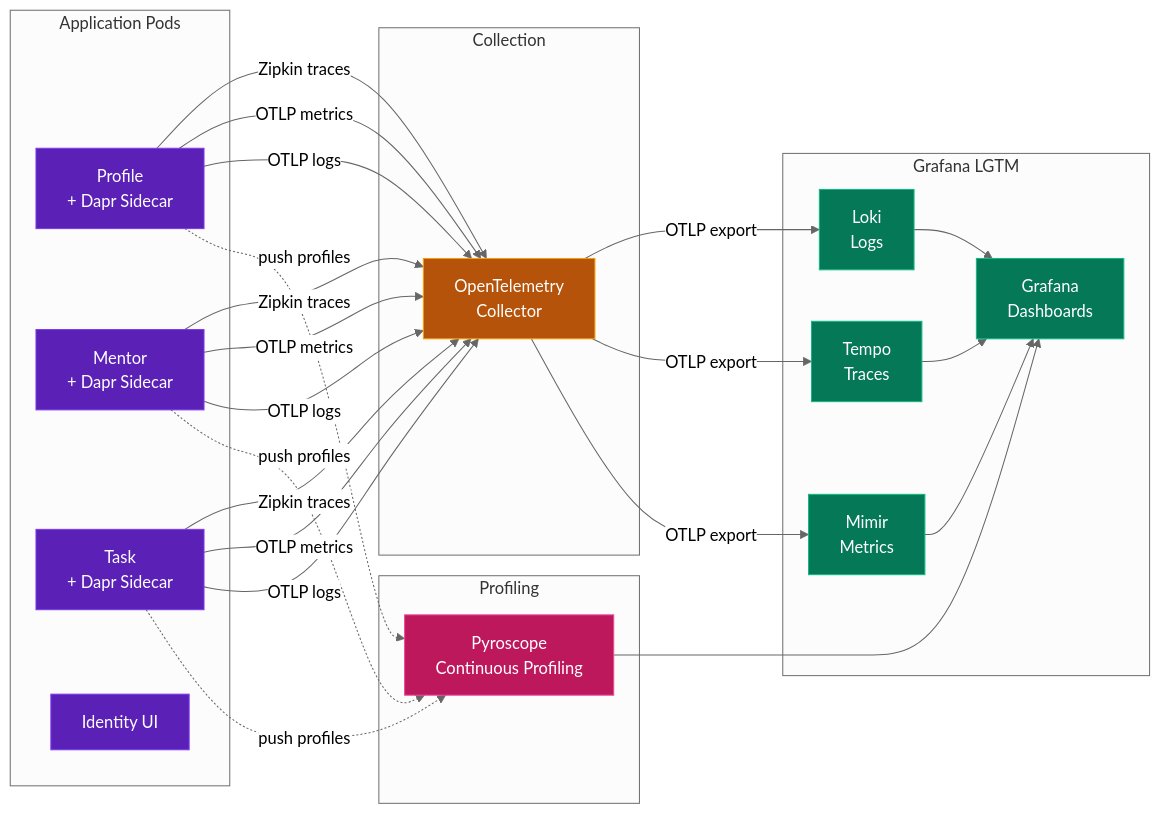
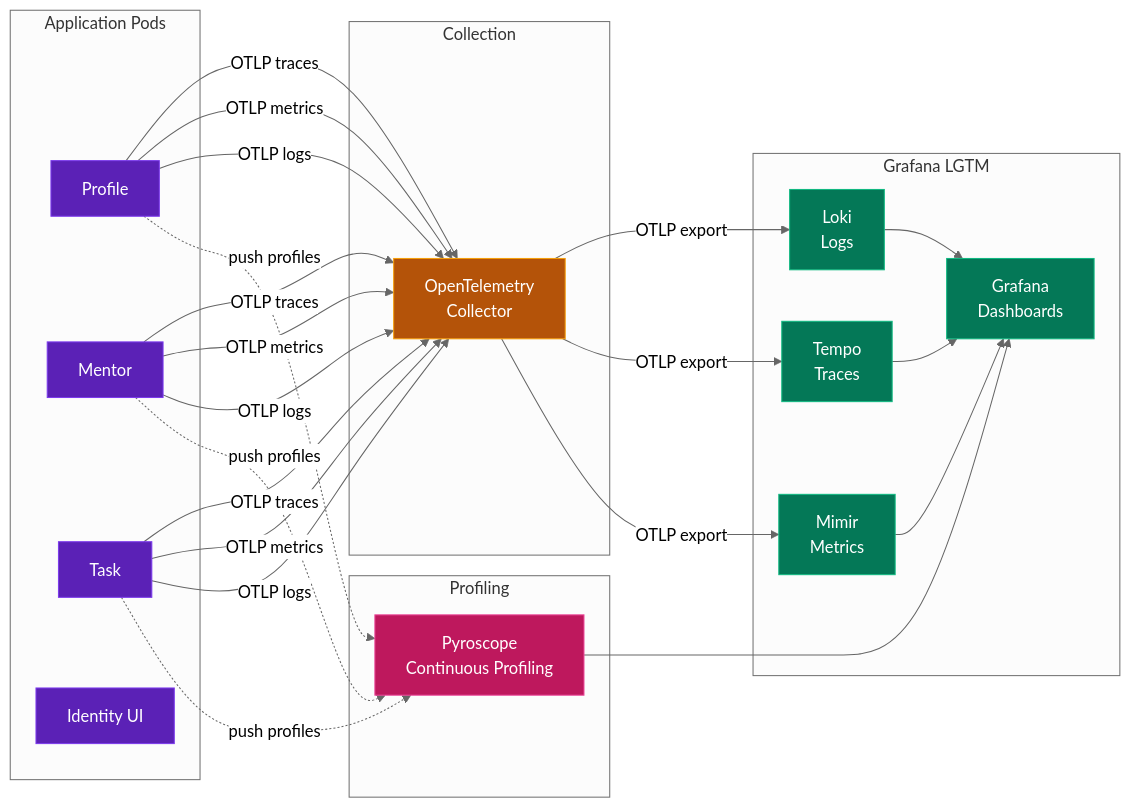
The first of 2 diagrams in docs/architecture/observability.md (MathTrail/core), drawn with Mermaid (neutral theme) before and after one commit. The commit also changed other lines of this file and 10 other files, not shown here.

````diff
--- a/docs/architecture/observability.md
+++ b/docs/architecture/observability.md
@@ -5,57 +5,57 @@
 ```mermaid
 graph LR
     subgraph Application Pods
-        S1[Profile<br/>+ Dapr Sidecar]
-        S2[Mentor<br/>+ Dapr Sidecar]
-        S3[Task<br/>+ Dapr Sidecar]
+        S1[Profile]
+        S2[Mentor]
+        S3[Task]
         S4[Identity UI]
     end
 
     subgraph Collection
         OTel[OpenTelemetry<br/>Collector]
     end
 
     subgraph Grafana LGTM
         Loki[Loki<br/>Logs]
         Tempo[Tempo<br/>Traces]
         Mimir[Mimir<br/>Metrics]
         Grafana[Grafana<br/>Dashboards]
     end
 
     subgraph Profiling
         Pyro[Pyroscope<br/>Continuous Profiling]
     end
 
-    S1 -->|Zipkin traces| OTel
-    S2 -->|Zipkin traces| OTel
-    S3 -->|Zipkin traces| OTel
+    S1 -->|OTLP traces| OTel
+    S2 -->|OTLP traces| OTel
+    S3 -->|OTLP traces| OTel
     S1 -->|OTLP metrics| OTel
     S2 -->|OTLP metrics| OTel
     S3 -->|OTLP metrics| OTel
     S1 -->|OTLP logs| OTel
     S2 -->|OTLP logs| OTel
     S3 -->|OTLP logs| OTel
 
     S1 -.->|push profiles| Pyro
     S2 -.->|push profiles| Pyro
     S3 -.->|push profiles| Pyro
 
     OTel -->|OTLP export| Loki
     OTel -->|OTLP export| Tempo
     OTel -->|OTLP export| Mimir
 
     Loki --> Grafana
     Tempo --> Grafana
     Mimir --> Grafana
     Pyro --> Grafana
 
     classDef app fill:#5b21b6,stroke:#7c3aed,color:#fff
     classDef collect fill:#b45309,stroke:#f59e0b,color:#fff
     classDef grafana fill:#047857,stroke:#10b981,color:#fff
     classDef profile fill:#be185d,stroke:#ec4899,color:#fff
 
     class S1,S2,S3,S4 app
     class OTel collect
     class Loki,Tempo,Mimir,Grafana grafana
     class Pyro profile
 ```
````
